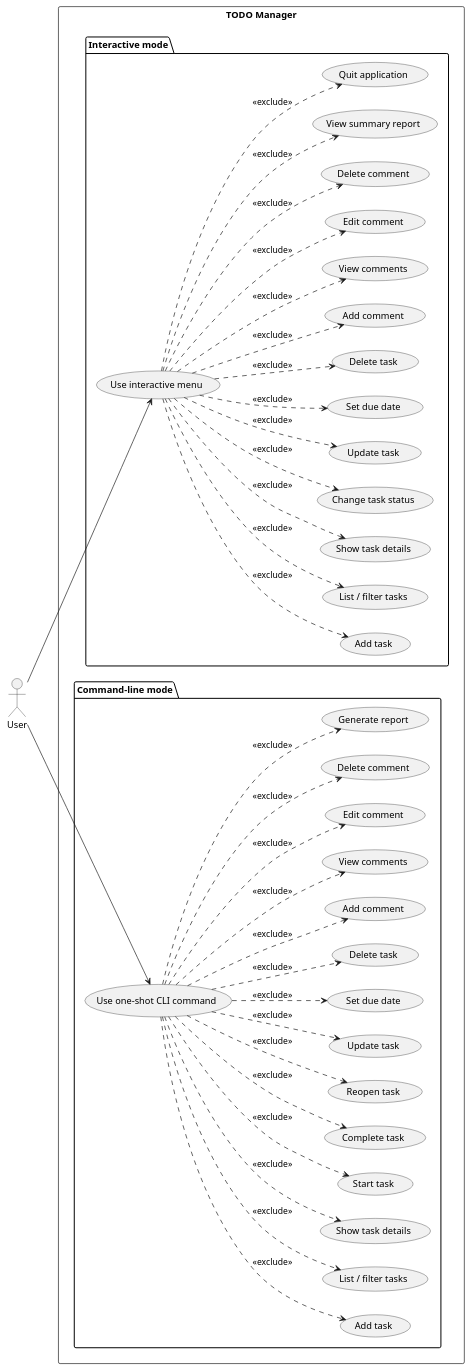
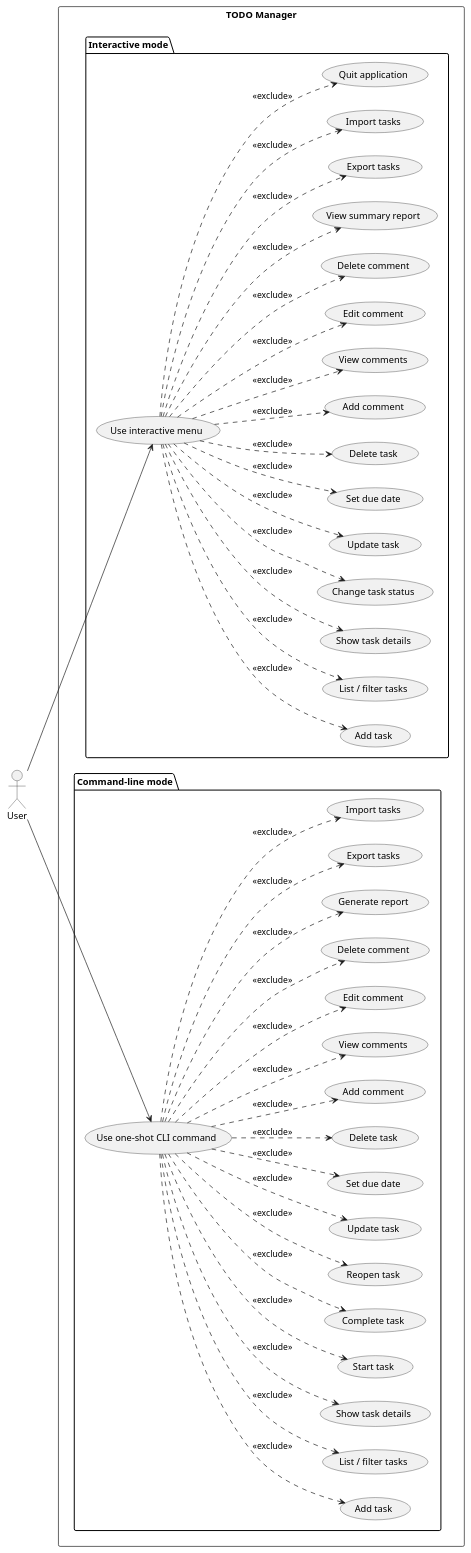
The diagram in experiments/pipeline/user_stories/TODO/artifacts/use_case_diagram.puml (DanielRiha8906/Software_autoevolution_using_agents), drawn with PlantUML before and after one commit. The commit also changed 12 other files, not shown here.

```diff
--- a/experiments/pipeline/user_stories/TODO/artifacts/use_case_diagram.puml
+++ b/experiments/pipeline/user_stories/TODO/artifacts/use_case_diagram.puml
@@ -1,77 +1,85 @@
 @startuml use_case_diagram
 
 left to right direction
 
 actor User
 
 rectangle "TODO Manager" {
 
   package "Interactive mode" {
     usecase "Use interactive menu" as UI
     usecase "Add task" as I_ADD
     usecase "List / filter tasks" as I_LIST
     usecase "Show task details" as I_SHOW
     usecase "Change task status" as I_STATUS
     usecase "Update task" as I_UPDATE
     usecase "Set due date" as I_DUEDATE
     usecase "Delete task" as I_DELETE
     usecase "Add comment" as I_COMMENT_ADD
     usecase "View comments" as I_COMMENT_VIEW
     usecase "Edit comment" as I_COMMENT_EDIT
     usecase "Delete comment" as I_COMMENT_DELETE
     usecase "View summary report" as I_REPORT
+    usecase "Export tasks" as I_EXPORT
+    usecase "Import tasks" as I_IMPORT
     usecase "Quit application" as I_QUIT
   }
 
   package "Command-line mode" {
     usecase "Use one-shot CLI command" as CLI
     usecase "Add task" as C_ADD
     usecase "List / filter tasks" as C_LIST
     usecase "Show task details" as C_SHOW
     usecase "Start task" as C_START
     usecase "Complete task" as C_DONE
     usecase "Reopen task" as C_REOPEN
     usecase "Update task" as C_UPDATE
     usecase "Set due date" as C_DUEDATE
     usecase "Delete task" as C_DELETE
     usecase "Add comment" as C_COMMENT_ADD
     usecase "View comments" as C_COMMENT_VIEW
     usecase "Edit comment" as C_COMMENT_EDIT
     usecase "Delete comment" as C_COMMENT_DELETE
     usecase "Generate report" as C_REPORT
+    usecase "Export tasks" as C_EXPORT
+    usecase "Import tasks" as C_IMPORT
   }
 }
 
 User --> UI
 User --> CLI
 
 UI ..> I_ADD      : <<exclude>>
 UI ..> I_LIST     : <<exclude>>
 UI ..> I_SHOW     : <<exclude>>
 UI ..> I_STATUS   : <<exclude>>
 UI ..> I_UPDATE   : <<exclude>>
 UI ..> I_DUEDATE  : <<exclude>>
 UI ..> I_DELETE   : <<exclude>>
 UI ..> I_COMMENT_ADD : <<exclude>>
 UI ..> I_COMMENT_VIEW : <<exclude>>
 UI ..> I_COMMENT_EDIT : <<exclude>>
 UI ..> I_COMMENT_DELETE : <<exclude>>
 UI ..> I_REPORT   : <<exclude>>
+UI ..> I_EXPORT   : <<exclude>>
+UI ..> I_IMPORT   : <<exclude>>
 UI ..> I_QUIT     : <<exclude>>
 
 CLI ..> C_ADD     : <<exclude>>
 CLI ..> C_LIST    : <<exclude>>
 CLI ..> C_SHOW    : <<exclude>>
 CLI ..> C_START   : <<exclude>>
 CLI ..> C_DONE    : <<exclude>>
 CLI ..> C_REOPEN  : <<exclude>>
 CLI ..> C_UPDATE  : <<exclude>>
 CLI ..> C_DUEDATE : <<exclude>>
 CLI ..> C_DELETE  : <<exclude>>
 CLI ..> C_COMMENT_ADD : <<exclude>>
 CLI ..> C_COMMENT_VIEW : <<exclude>>
 CLI ..> C_COMMENT_EDIT : <<exclude>>
 CLI ..> C_COMMENT_DELETE : <<exclude>>
 CLI ..> C_REPORT  : <<exclude>>
+CLI ..> C_EXPORT  : <<exclude>>
+CLI ..> C_IMPORT  : <<exclude>>
 
 @enduml
```
